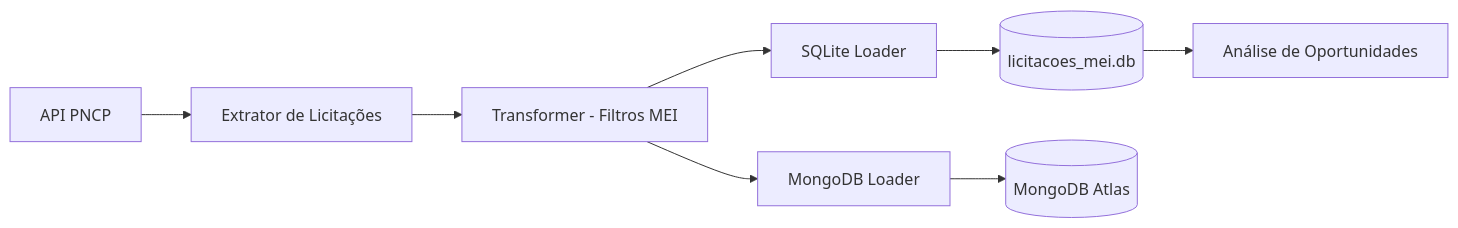
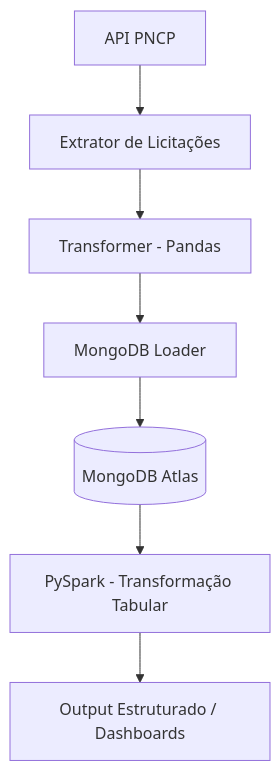
The diagram in README.md (gabrielfariaxs/Eng.-Dados), drawn with Mermaid before and after one commit. The commit also changed other lines of this file and 4 other files, not shown here.

````diff
--- a/README.md
+++ b/README.md
@@ -25,10 +26,9 @@
 ```mermaid
-graph LR
+graph TD
     PNCP[API PNCP] --> EXT[Extrator de Licitações]
-    EXT --> TRF[Transformer - Filtros MEI]
-    TRF --> LD_SQL[SQLite Loader]
+    EXT --> TRF[Transformer - Pandas]
     TRF --> LD_MGO[MongoDB Loader]
-    LD_SQL --> DB_SQL[(licitacoes_mei.db)]
     LD_MGO --> DB_MGO[(MongoDB Atlas)]
-    DB_SQL --> ANA[Análise de Oportunidades]
+    DB_MGO --> SPK[PySpark - Transformação Tabular]
+    SPK --> OUT[Output Estruturado / Dashboards]
 ```
````
